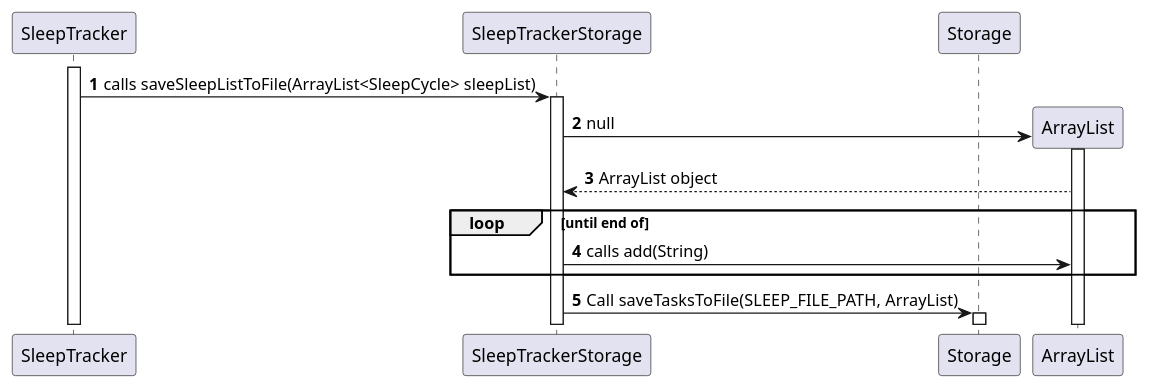
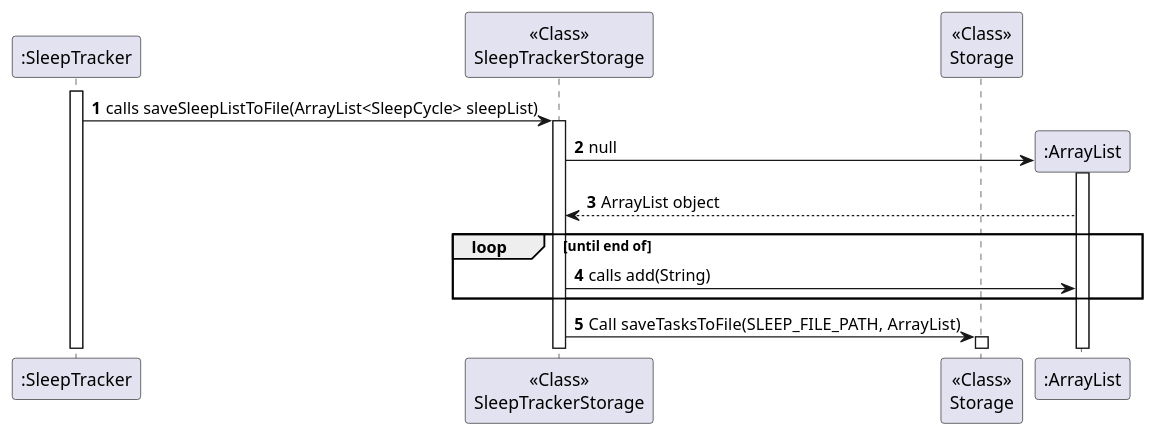
Before and after one commit to AY2324S2-CS2113-T11-1/tp: the diagram in docs/diagrams/storage/StorageSequenceSleep.puml, drawn with PlantUML. The commit also changed 5 other files, not shown here.

```diff
--- a/docs/diagrams/storage/StorageSequenceSleep.puml
+++ b/docs/diagrams/storage/StorageSequenceSleep.puml
@@ -1,24 +1,24 @@
 @startuml
 'https://plantuml.com/sequence-diagram
 
 autonumber
 
-participant SleepTracker
-participant SleepTrackerStorage
-participant Storage
-participant ArrayList
+participant ":SleepTracker" as SleepTracker
+participant "<<Class>>\nSleepTrackerStorage" as SleepTrackerStorage
+participant "<<Class>>\nStorage" as Storage
+participant ":ArrayList" as ArrayList
 
 activate SleepTracker
 SleepTracker -> SleepTrackerStorage: calls saveSleepListToFile(ArrayList<SleepCycle> sleepList)
 activate SleepTrackerStorage
 create ArrayList
 SleepTrackerStorage -> ArrayList: null
 activate ArrayList
 ArrayList --> SleepTrackerStorage: ArrayList object
 loop until end of
 SleepTrackerStorage -> ArrayList: calls add(String)
 end
 SleepTrackerStorage -> Storage: Call saveTasksToFile(SLEEP_FILE_PATH, ArrayList)
 activate Storage
 
 @enduml
```
